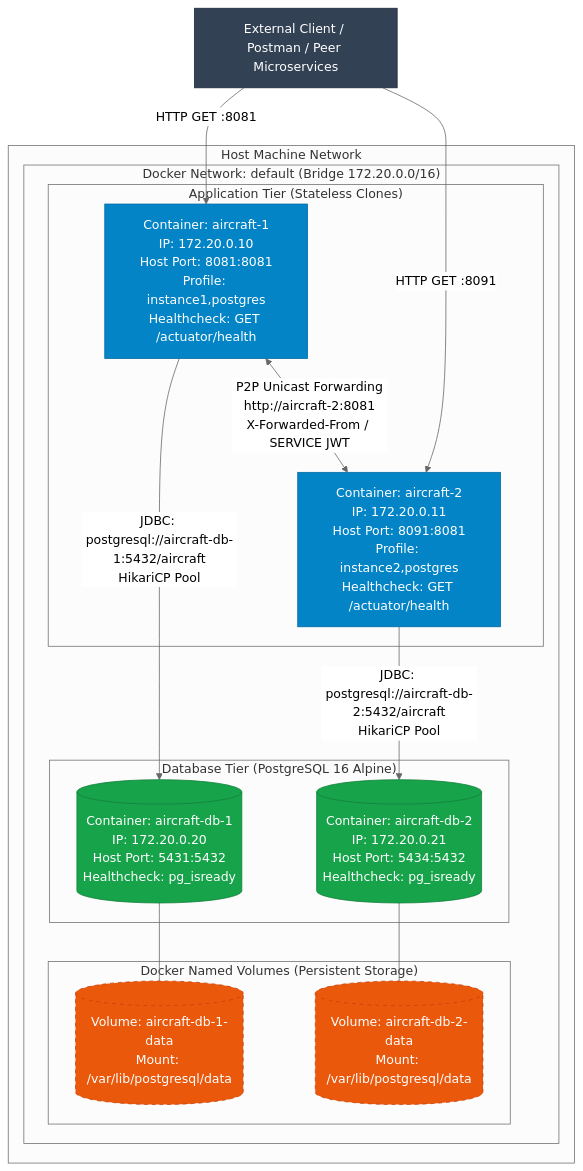
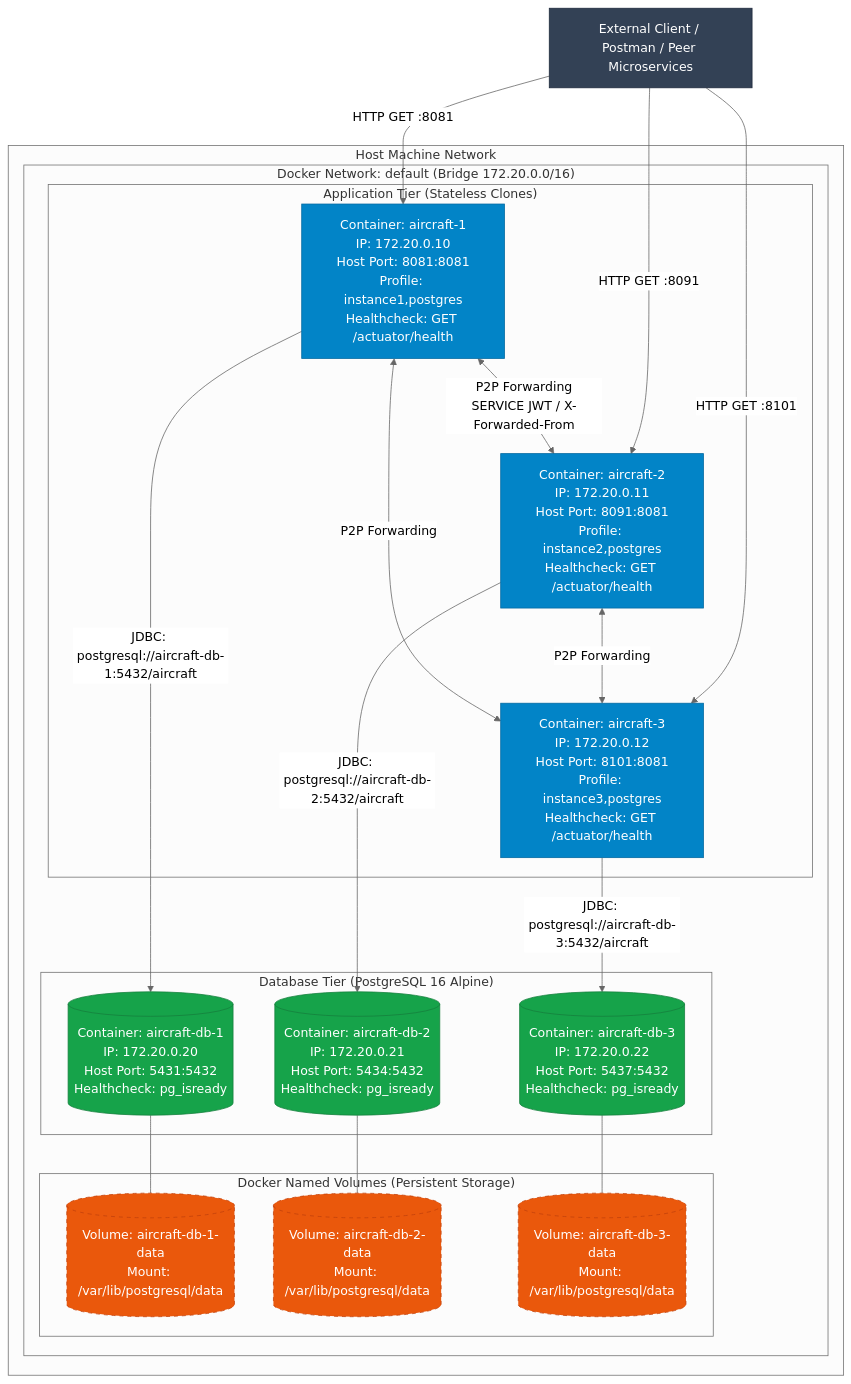
One commit to ImJay1527/aircraft-maintenance-service changed the ninth of 9 diagrams in docs/architecture.md. Above: the diagram before and after it, drawn with Mermaid (neutral theme). The commit also changed other lines of this file and 1 other file, not shown here.

Commit message:
docs: align C4 and Deployment diagrams with 3-node cluster and databases

````diff
--- a/docs/architecture.md
+++ b/docs/architecture.md
@@ -500,40 +505,48 @@
 ```mermaid
 %% C4 Deployment View: Multi-Instance Docker Deployment
 flowchart TB
     classDef ext fill:#334155,stroke:#1e293b,color:#fff;
     classDef app fill:#0284c7,stroke:#0369a1,color:#fff;
     classDef db fill:#16a34a,stroke:#15803d,color:#fff;
     classDef vol fill:#ea580c,stroke:#c2410c,color:#fff,stroke-dasharray: 5 5;
 
     extClient["External Client / Postman / Peer Microservices"]:::ext
 
     subgraph Host["Host Machine Network"]
         subgraph DockerBridge["Docker Network: default (Bridge 172.20.0.0/16)"]
             subgraph AppTier["Application Tier (Stateless Clones)"]
                 am1["Container: aircraft-1<br/>IP: 172.20.0.10<br/>Host Port: 8081:8081<br/>Profile: instance1,postgres<br/>Healthcheck: GET /actuator/health"]:::app
                 am2["Container: aircraft-2<br/>IP: 172.20.0.11<br/>Host Port: 8091:8081<br/>Profile: instance2,postgres<br/>Healthcheck: GET /actuator/health"]:::app
+                am3["Container: aircraft-3<br/>IP: 172.20.0.12<br/>Host Port: 8101:8081<br/>Profile: instance3,postgres<br/>Healthcheck: GET /actuator/health"]:::app
             end
 
             subgraph DatabaseTier["Database Tier (PostgreSQL 16 Alpine)"]
                 db1[("Container: aircraft-db-1<br/>IP: 172.20.0.20<br/>Host Port: 5431:5432<br/>Healthcheck: pg_isready")]:::db
                 db2[("Container: aircraft-db-2<br/>IP: 172.20.0.21<br/>Host Port: 5434:5432<br/>Healthcheck: pg_isready")]:::db
+                db3[("Container: aircraft-db-3<br/>IP: 172.20.0.22<br/>Host Port: 5437:5432<br/>Healthcheck: pg_isready")]:::db
             end
 
             subgraph Volumes["Docker Named Volumes (Persistent Storage)"]
                 vol1[("Volume: aircraft-db-1-data<br/>Mount: /var/lib/postgresql/data")]:::vol
                 vol2[("Volume: aircraft-db-2-data<br/>Mount: /var/lib/postgresql/data")]:::vol
+                vol3[("Volume: aircraft-db-3-data<br/>Mount: /var/lib/postgresql/data")]:::vol
             end
         end
     end
 
     extClient -->|"HTTP GET :8081"| am1
     extClient -->|"HTTP GET :8091"| am2
+    extClient -->|"HTTP GET :8101"| am3
 
-    am1 <-->|"P2P Unicast Forwarding<br/>http://aircraft-2:8081<br/>X-Forwarded-From / SERVICE JWT"| am2
+    am1 <-->|"P2P Forwarding<br/>SERVICE JWT / X-Forwarded-From"| am2
+    am2 <-->|"P2P Forwarding"| am3
+    am1 <-->|"P2P Forwarding"| am3
 
-    am1 -->|"JDBC: postgresql://aircraft-db-1:5432/aircraft<br/>HikariCP Pool"| db1
-    am2 -->|"JDBC: postgresql://aircraft-db-2:5432/aircraft<br/>HikariCP Pool"| db2
+    am1 -->|"JDBC: postgresql://aircraft-db-1:5432/aircraft"| db1
+    am2 -->|"JDBC: postgresql://aircraft-db-2:5432/aircraft"| db2
+    am3 -->|"JDBC: postgresql://aircraft-db-3:5432/aircraft"| db3
 
     db1 --- vol1
     db2 --- vol2
+    db3 --- vol3
 ```
````
